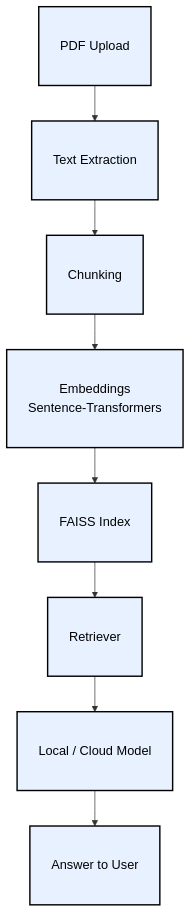
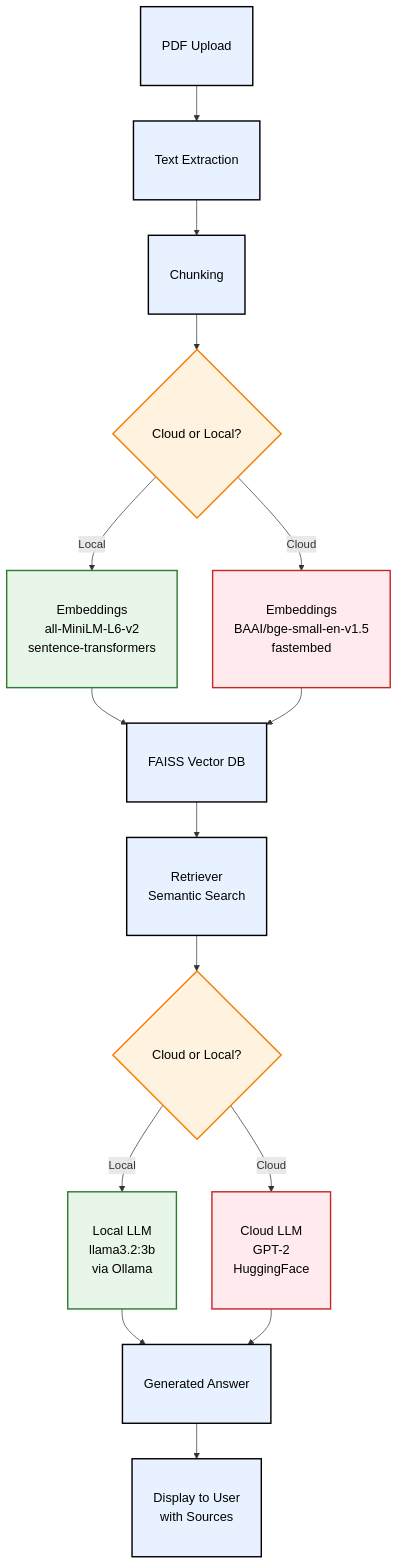
Before and after one commit to UzairRan/StudyMind-AI: the first of 3 diagrams in README.md, drawn with Mermaid. The commit also changed other lines of this file, not shown here.

Commit message:
Update flow diagram in Readme

````diff
--- a/README.md
+++ b/README.md
@@ -39,12 +39,28 @@
 ```mermaid
 flowchart TB
     A[PDF Upload]:::node --> B[Text Extraction]:::node
     B --> C[Chunking]:::node
-    C --> D[Embeddings<br>Sentence-Transformers]:::node
-    D --> E[FAISS Index]:::node
-    E --> F[Retriever]:::node
-    F --> G[Local / Cloud Model]:::node
-    G --> H[Answer to User]:::node
+    C --> D{Cloud or Local?}:::decision
+    
+    D -->|Local| E1[Embeddings<br>all-MiniLM-L6-v2<br>sentence-transformers]:::local
+    D -->|Cloud| E2[Embeddings<br>BAAI/bge-small-en-v1.5<br>fastembed]:::cloud
+    
+    E1 --> F[FAISS Vector DB]:::node
+    E2 --> F
+    
+    F --> G[Retriever<br>Semantic Search]:::node
+    G --> H{Cloud or Local?}:::decision
+    
+    H -->|Local| I1[Local LLM<br>llama3.2:3b<br>via Ollama]:::local
+    H -->|Cloud| I2[Cloud LLM<br>GPT-2<br>HuggingFace]:::cloud
+    
+    I1 --> J[Generated Answer]:::node
+    I2 --> J
+    
+    J --> K[Display to User<br>with Sources]:::node
 
-    classDef node fill:#e8f1ff,stroke:#000,stroke-width:2px,color:#000,font-size:18px,padding:18px;
+    classDef node fill:#e8f1ff,stroke:#000,stroke-width:2px,color:#000,font-size:18px,padding:18px
+    classDef decision fill:#fff3e0,stroke:#f57c00,stroke-width:2px,color:#000,font-size:18px,padding:18px
+    classDef local fill:#e8f5e9,stroke:#2e7d32,stroke-width:2px,color:#000,font-size:18px,padding:18px
+    classDef cloud fill:#ffebee,stroke:#c62828,stroke-width:2px,color:#000,font-size:18px,padding:18px 
 ```
````
